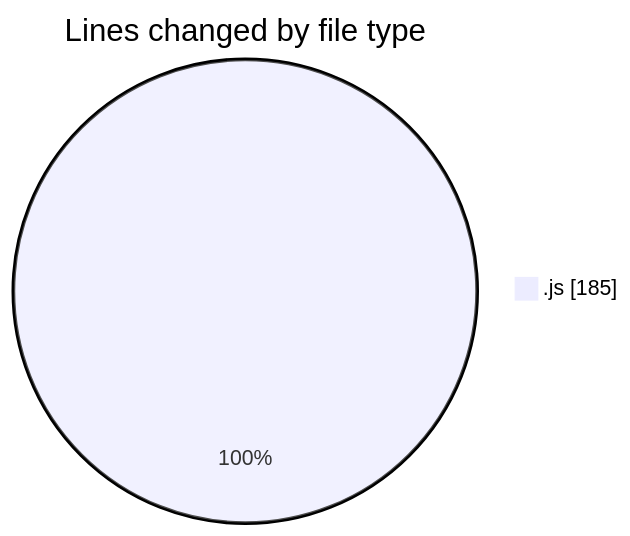
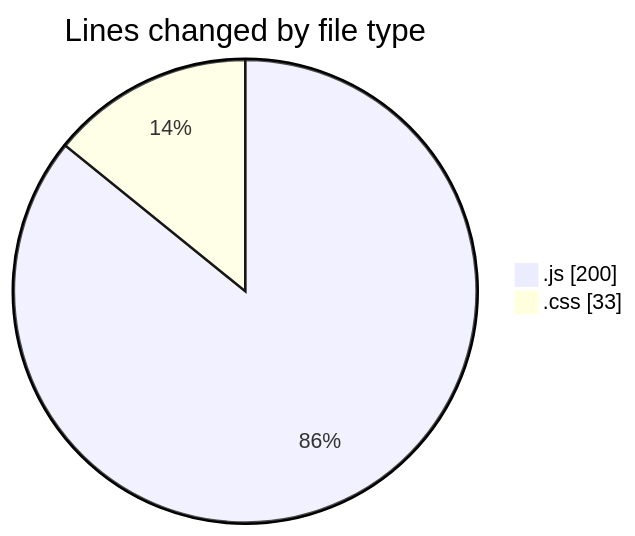
One commit to Ritupan-Deka/code-tracking changed the first of 2 diagrams in 2025-07-18/mern-workoutboard/README.md. Above: the diagram before and after it, drawn with Mermaid. The commit also changed other lines of this file and 1 other file, not shown here.

````diff
--- a/2025-07-18/mern-workoutboard/README.md
+++ b/2025-07-18/mern-workoutboard/README.md
@@ -22,5 +23,6 @@
 ```mermaid
 pie showData
 title Lines changed by file type
-".js" : 185
+".js" : 200
+".css" : 33
 ```
````
